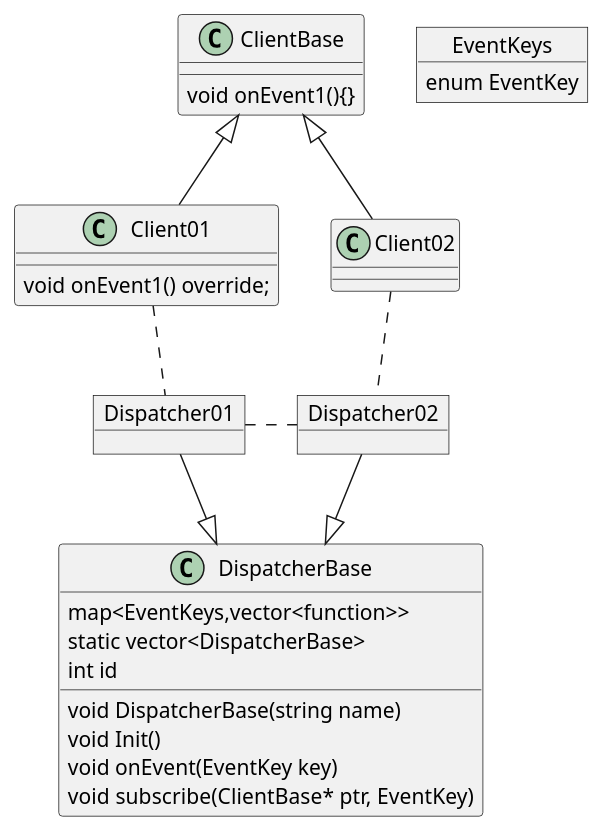
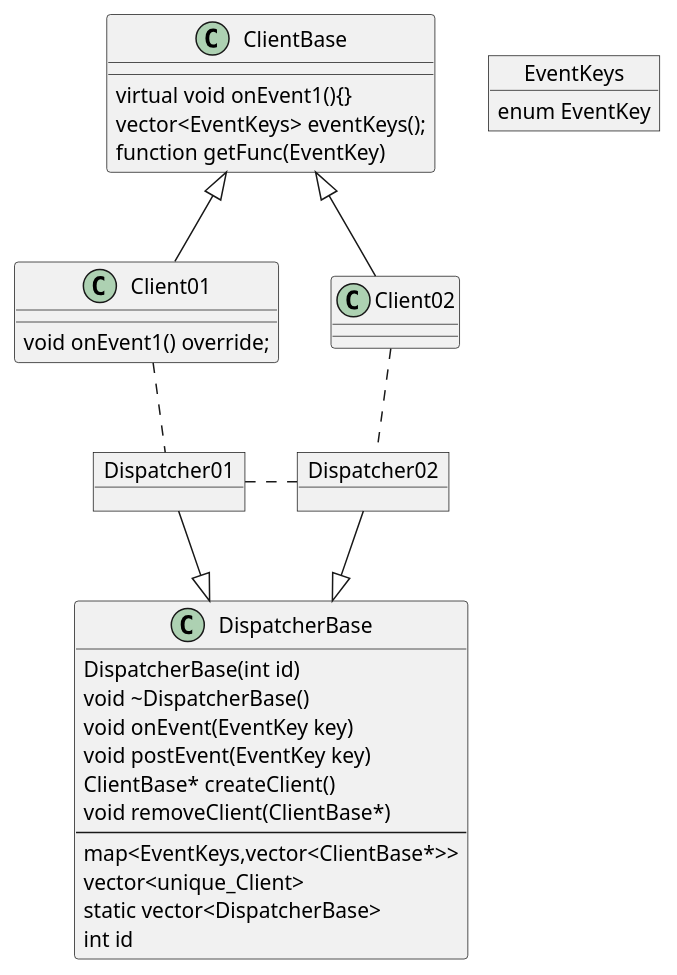
Before and after one commit to coderKillo/eventsystem: the diagram in note/graphen.md, drawn with PlantUML. The commit also changed other lines of this file and 3 other files, not shown here.

Commit message:
subscribe to createClient

````diff
--- a/note/graphen.md
+++ b/note/graphen.md
@@ -6,39 +6,45 @@
 ```puml
 @startuml
 class Client01{
     void onEvent1() override; 
 }
 class Client02{
 
 }
 class ClientBase{
-    void onEvent1(){}
+    virtual void onEvent1(){}
+    vector<EventKeys> eventKeys();
+    function getFunc(EventKey)
 }
 Object Dispatcher01{
 }
 Object Dispatcher02{
 
 }
 class DispatcherBase{
-    map<EventKeys,vector<function>>
+    DispatcherBase(int id)
+    void ~DispatcherBase()
+    void onEvent(EventKey key)
+    void postEvent(EventKey key)
+    ClientBase* createClient()
+    void removeClient(ClientBase*)
+    ---
+    map<EventKeys,vector<ClientBase*>>
+    vector<unique_Client>
     static vector<DispatcherBase> 
     int id
-    void DispatcherBase(string name)
-    void Init()
-    void onEvent(EventKey key)
-    void subscribe(ClientBase* ptr, EventKey)
 }
 object EventKeys{
     enum EventKey
 }
 
 Client01 -up-|> ClientBase
 Dispatcher01 -down-|> DispatcherBase
 Dispatcher02 -down-|> DispatcherBase
 Client02 -up-|> ClientBase
 Client01 .down. Dispatcher01
 Dispatcher01 .right. Dispatcher02
 Dispatcher02 .up. Client02
 
 @enduml
 ```
````
